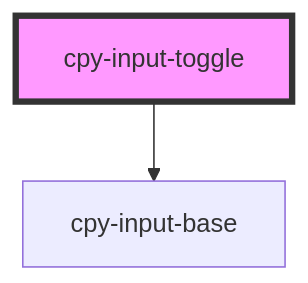
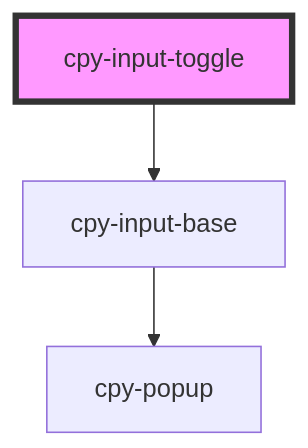
The diagram in stencil-lib/src/components/inputs/input-toggle/readme.md (Lith1um/Canopy-Stencil), drawn with Mermaid before and after one commit. The commit also changed 14 other files, not shown here.

````diff
--- a/stencil-lib/src/components/inputs/input-toggle/readme.md
+++ b/stencil-lib/src/components/inputs/input-toggle/readme.md
@@ -58,5 +58,6 @@
 ```mermaid
 graph TD;
   cpy-input-toggle --> cpy-input-base
+  cpy-input-base --> cpy-popup
   style cpy-input-toggle fill:#f9f,stroke:#333,stroke-width:4px
 ```
````
